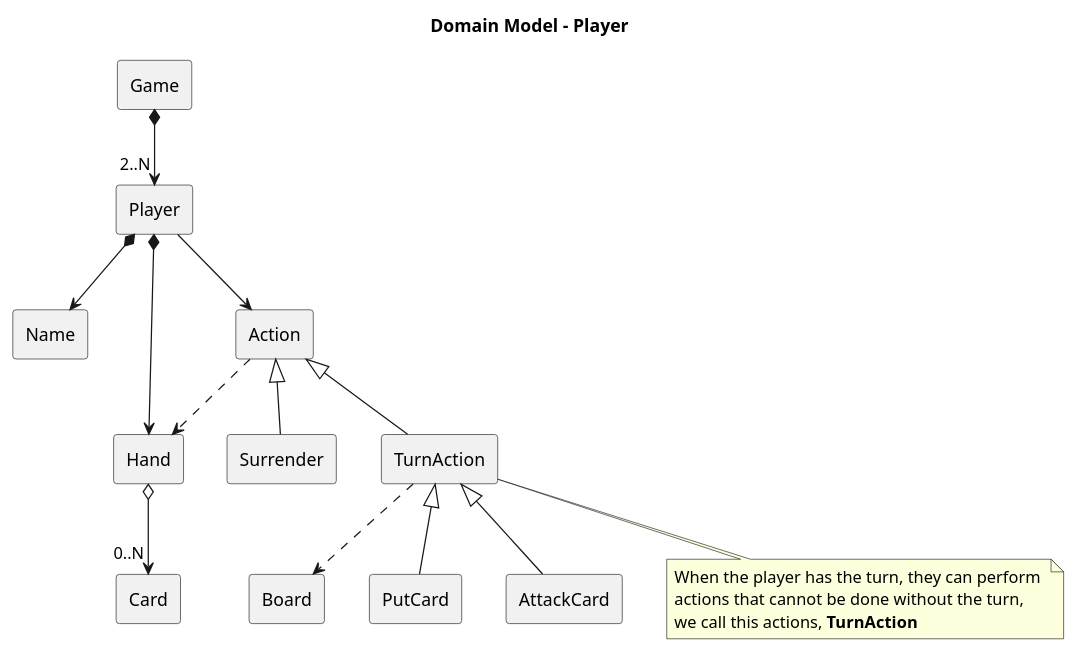
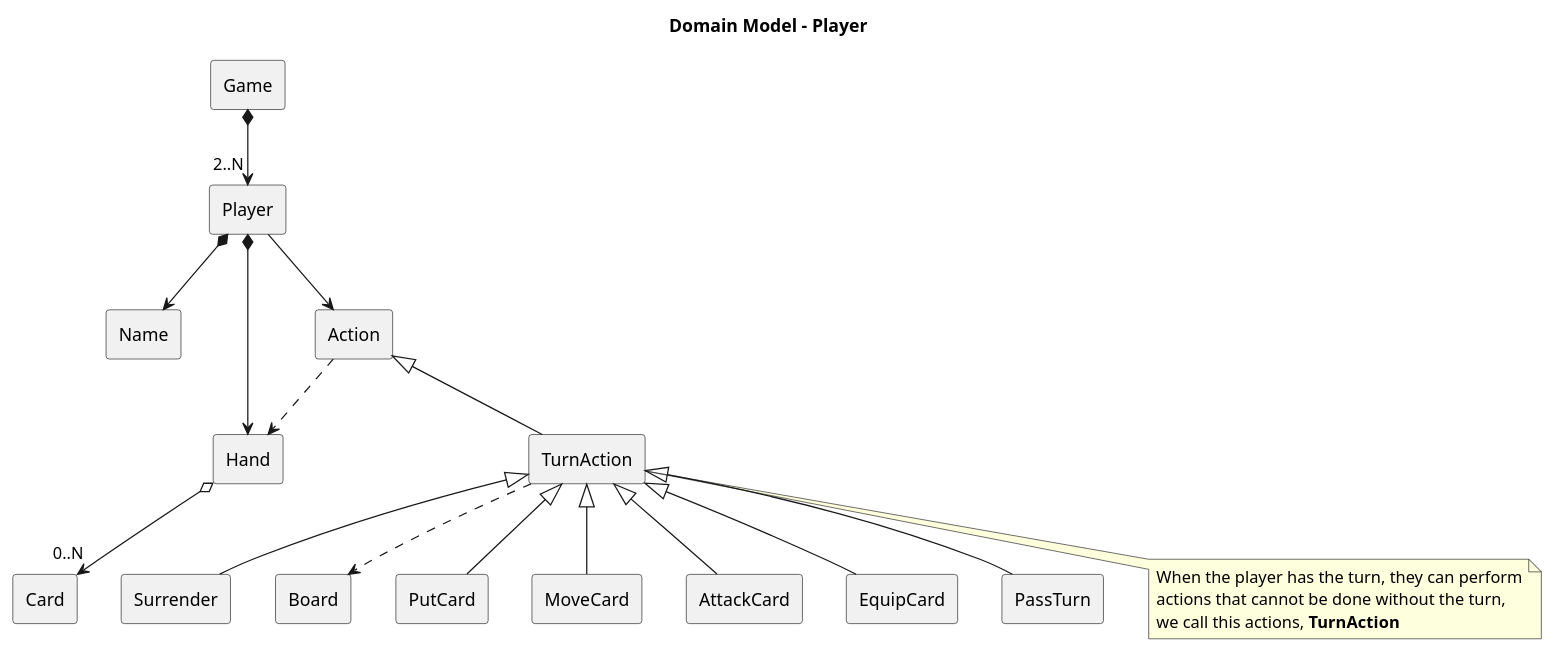
The diagram in docs/development/diagrams/domain_model-player_and_action.plantuml (DainWs/Crazy-Random-Multiverse), drawn with PlantUML before and after one commit. The commit also changed 7 other files, not shown here.

Commit message:
update the diagrams and frontend actions to the current rules

```diff
--- a/docs/development/diagrams/domain_model-player_and_action.plantuml
+++ b/docs/development/diagrams/domain_model-player_and_action.plantuml
@@ -1,38 +1,44 @@
 @startuml
 title "Domain Model - Player"
 
 rectangle Game
 rectangle Player
 rectangle Name
 rectangle Hand
 rectangle Action
 rectangle Card
 rectangle Surrender
 rectangle TurnAction
 rectangle Board
 rectangle PutCard
+rectangle MoveCard
 rectangle AttackCard
+rectangle EquipCard
+rectangle PassTurn
 
 Game *--> "2..N" Player
 
 Player *--> Name
 
 Player *--> Hand
 Hand o--> "0..N" Card
 
 Player --> Action
 Action ..> Hand
-Action <|-- Surrender
 Action <|-- TurnAction
 TurnAction ..> Board
 TurnAction <|-- PutCard
+TurnAction <|-- MoveCard
 TurnAction <|-- AttackCard
+TurnAction <|-- EquipCard
+TurnAction <|-- PassTurn
+TurnAction <|-- Surrender
 
 
 note as TurnActionNote
-	When the player has the turn, they can perform 
+	When the player has the turn, they can perform
 	actions that cannot be done without the turn,
 	we call this actions, **TurnAction**
 end note
 TurnAction .. TurnActionNote
 @enduml
```
